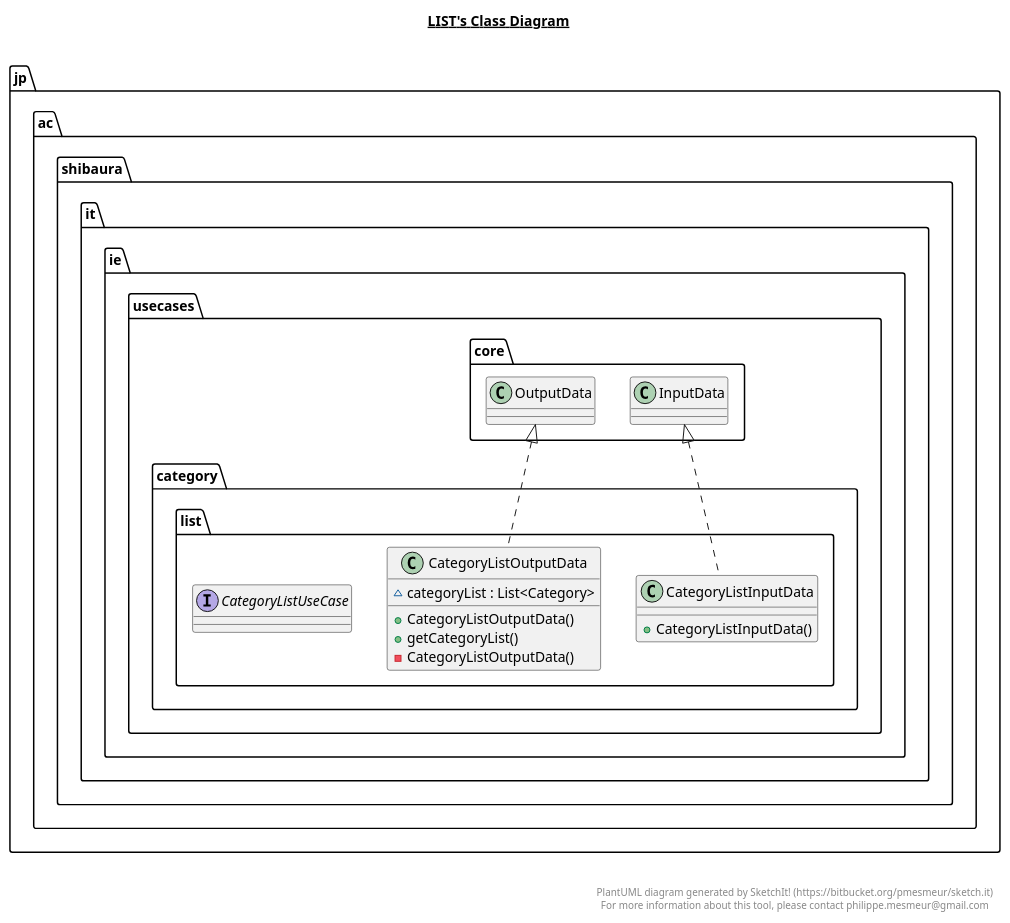
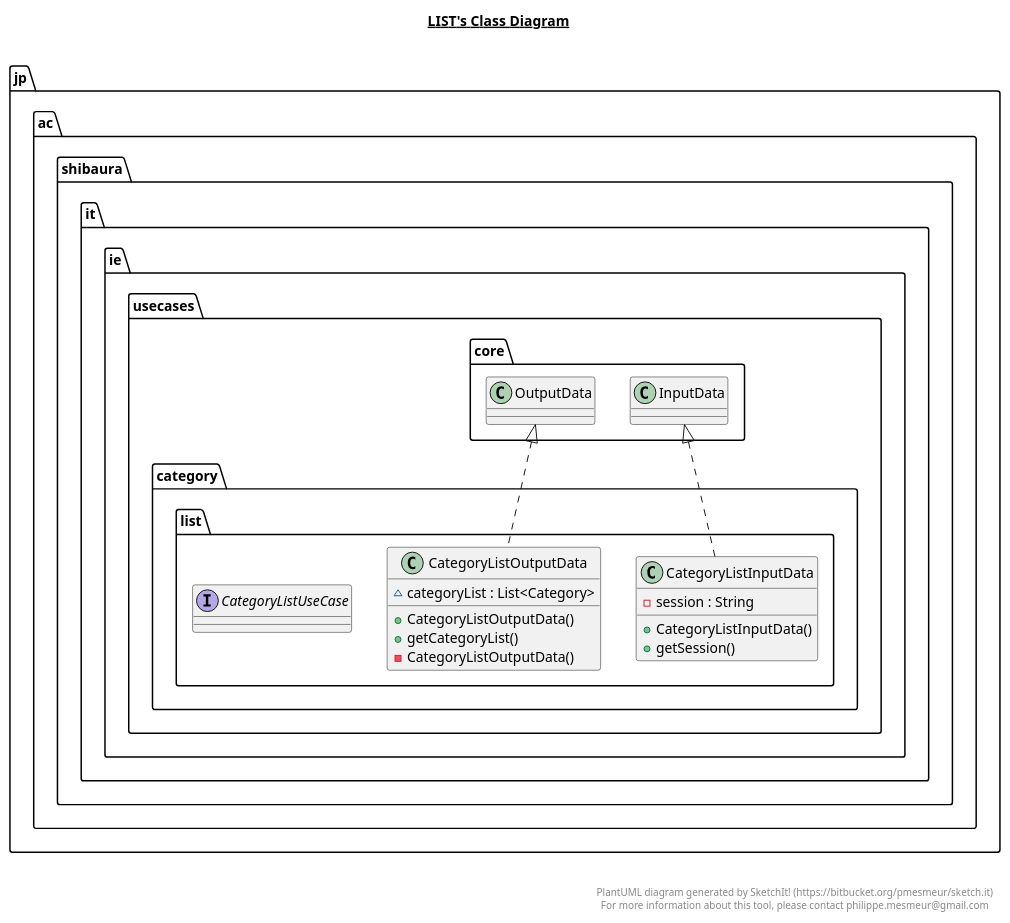
Before and after one commit to THEToilet/chatLobbyServer: the diagram in target/classes/jp/ac/shibaura/it/ie/usecases/category/list/list.plantuml, drawn with PlantUML. The commit also changed 74 other files, not shown here.

```diff
--- a/target/classes/jp/ac/shibaura/it/ie/usecases/category/list/list.plantuml
+++ b/target/classes/jp/ac/shibaura/it/ie/usecases/category/list/list.plantuml
@@ -1,45 +1,47 @@
 @startuml
 
 title __LIST's Class Diagram__\n
 
   namespace jp.ac.shibaura.it.ie {
     namespace usecases.category.list {
       class jp.ac.shibaura.it.ie.usecases.category.list.CategoryListInputData {
+          - session : String
           + CategoryListInputData()
+          + getSession()
       }
     }
   }
   
 
   namespace jp.ac.shibaura.it.ie {
     namespace usecases.category.list {
       class jp.ac.shibaura.it.ie.usecases.category.list.CategoryListOutputData {
           ~ categoryList : List<Category>
           + CategoryListOutputData()
           + getCategoryList()
           - CategoryListOutputData()
       }
     }
   }
   
 
   namespace jp.ac.shibaura.it.ie {
     namespace usecases.category.list {
       interface jp.ac.shibaura.it.ie.usecases.category.list.CategoryListUseCase {
       }
     }
   }
   
 
   jp.ac.shibaura.it.ie.usecases.category.list.CategoryListInputData .up.|> jp.ac.shibaura.it.ie.usecases.core.InputData
   jp.ac.shibaura.it.ie.usecases.category.list.CategoryListOutputData .up.|> jp.ac.shibaura.it.ie.usecases.core.OutputData
 
 
 right footer
 
 
 PlantUML diagram generated by SketchIt! (https://bitbucket.org/pmesmeur/sketch.it)
 For more information about this tool, please contact philippe.mesmeur@gmail.com
 endfooter
 
 @enduml
```
